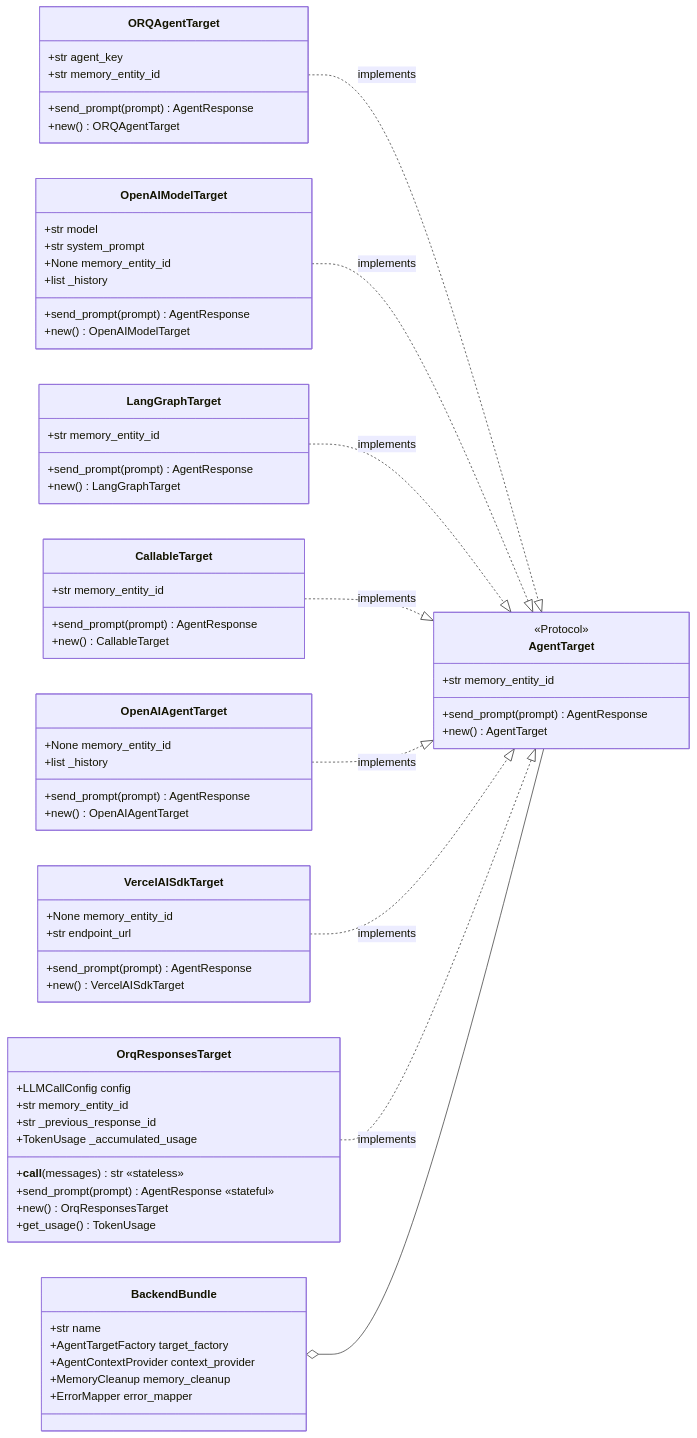
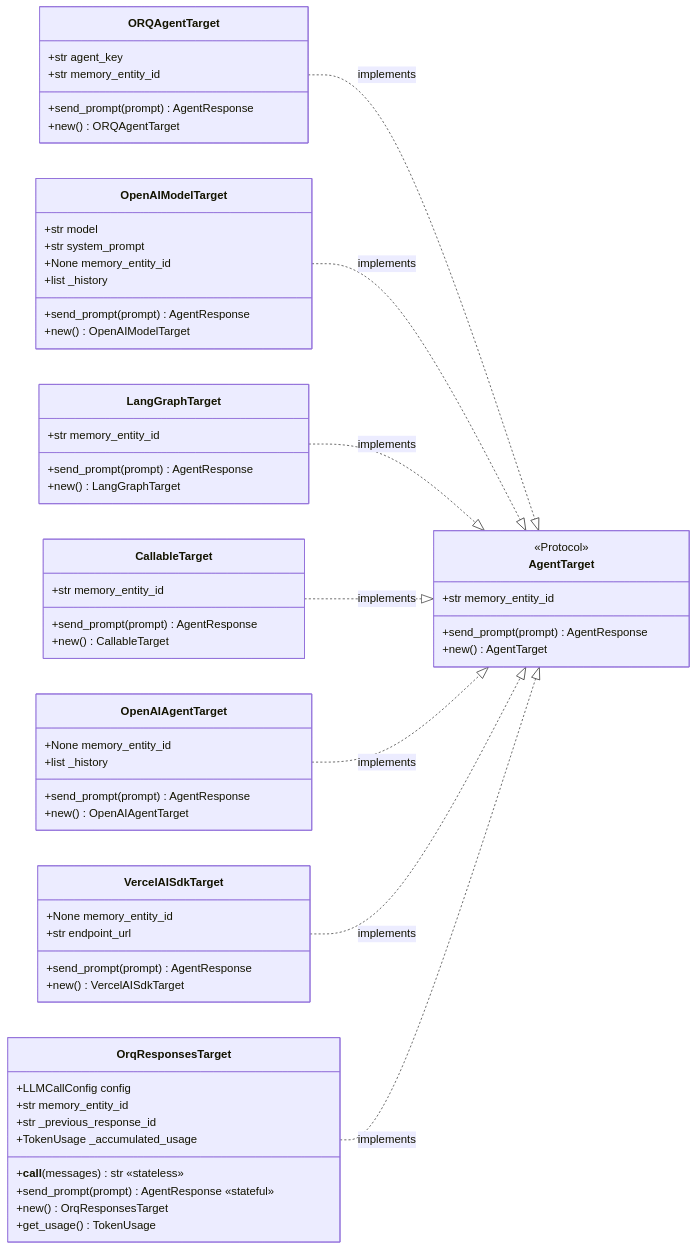
The second of 4 diagrams in docs/types-uml.md (orq-ai/orqkit), drawn with Mermaid before and after one commit. The commit also changed other lines of this file and 1 other file, not shown here.

First line of the commit message:
docs(types-uml): refresh main-state map + add RES-844 proposal section

````diff
--- a/docs/types-uml.md
+++ b/docs/types-uml.md
@@ -408,73 +463,65 @@
 ```mermaid
 classDiagram
     direction LR
 
     class AgentTarget {
         <<Protocol>>
         +str memory_entity_id
         +send_prompt(prompt) AgentResponse
         +new() AgentTarget
     }
     class ORQAgentTarget {
         +str agent_key
         +str memory_entity_id
         +send_prompt(prompt) AgentResponse
         +new() ORQAgentTarget
     }
     class OpenAIModelTarget {
         +str model
         +str system_prompt
         +None memory_entity_id
         +list _history
         +send_prompt(prompt) AgentResponse
         +new() OpenAIModelTarget
-    }
-    class BackendBundle {
-        +str name
-        +AgentTargetFactory target_factory
-        +AgentContextProvider context_provider
-        +MemoryCleanup memory_cleanup
-        +ErrorMapper error_mapper
     }
     class LangGraphTarget {
         +str memory_entity_id
         +send_prompt(prompt) AgentResponse
         +new() LangGraphTarget
     }
     class CallableTarget {
         +str memory_entity_id
         +send_prompt(prompt) AgentResponse
         +new() CallableTarget
     }
     class OpenAIAgentTarget {
         +None memory_entity_id
         +list _history
         +send_prompt(prompt) AgentResponse
         +new() OpenAIAgentTarget
     }
     class VercelAISdkTarget {
         +None memory_entity_id
         +str endpoint_url
         +send_prompt(prompt) AgentResponse
         +new() VercelAISdkTarget
     }
     class OrqResponsesTarget {
         +LLMCallConfig config
         +str memory_entity_id
         +str _previous_response_id
         +TokenUsage _accumulated_usage
         +__call__(messages) str «stateless»
         +send_prompt(prompt) AgentResponse «stateful»
         +new() OrqResponsesTarget
         +get_usage() TokenUsage
     }
 
     ORQAgentTarget ..|> AgentTarget : implements
     OpenAIModelTarget ..|> AgentTarget : implements
     LangGraphTarget ..|> AgentTarget : implements
     CallableTarget ..|> AgentTarget : implements
     OpenAIAgentTarget ..|> AgentTarget : implements
     VercelAISdkTarget ..|> AgentTarget : implements
     OrqResponsesTarget ..|> AgentTarget : implements
-    BackendBundle o-- AgentTarget
 ```
````
